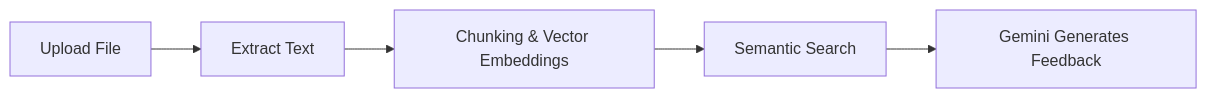
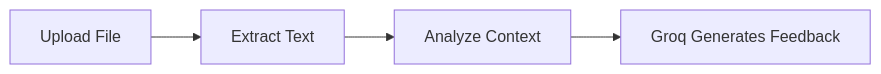
One commit to luckymalombeke/system-konsulku changed the first of 2 diagrams in README.md. Above: the diagram before and after it, drawn with Mermaid. The commit also changed other lines of this file and 5 other files, not shown here.

````diff
--- a/README.md
+++ b/README.md
@@ -54,7 +52,6 @@
 ```mermaid
 graph LR
     A[Upload File] --> B[Extract Text]
-    B --> C[Chunking & Vector Embeddings]
-    C --> D[Semantic Search]
-    D --> E[Gemini Generates Feedback]
+    B --> C[Analyze Context]
+    C --> D[Groq Generates Feedback]
 ```
````
